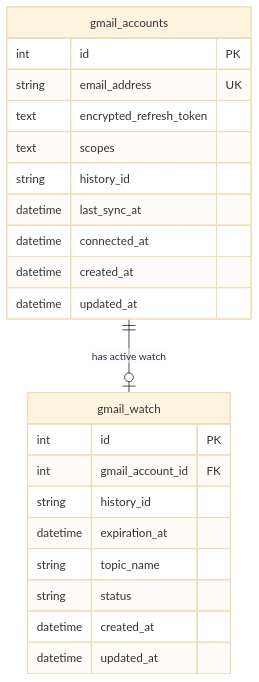
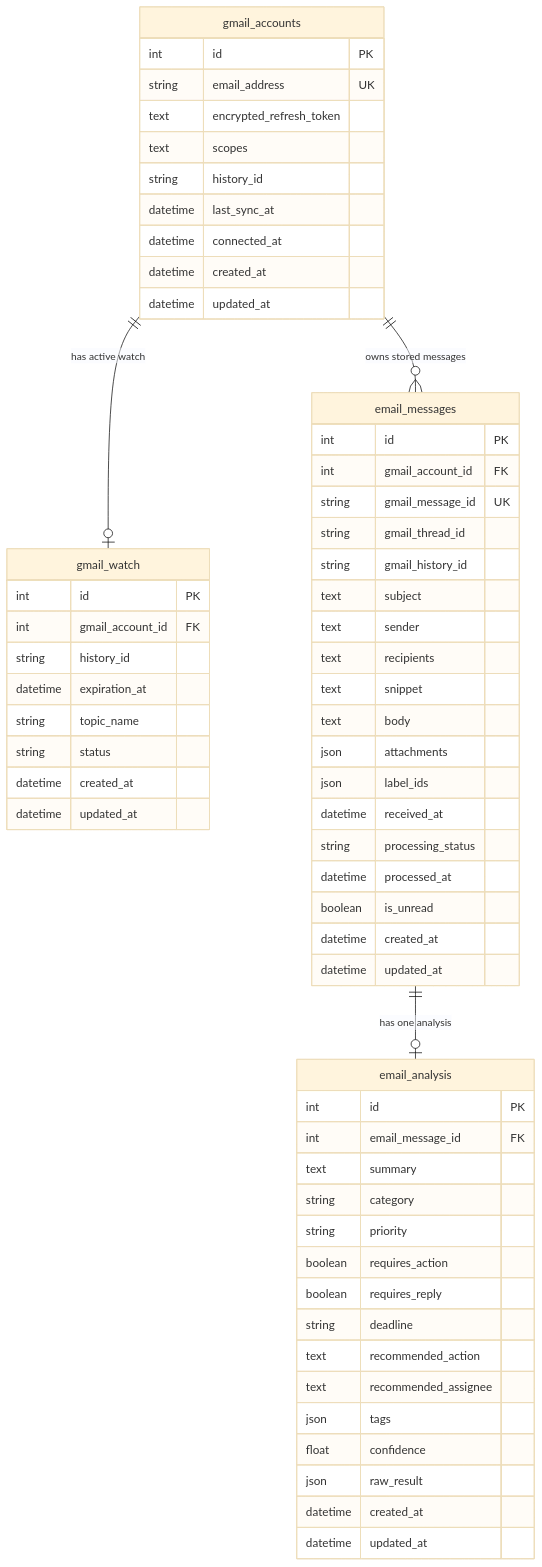
Before and after one commit to batty211/immigration-ai-office: the diagram in docs/DATABASE.md, drawn with Mermaid (base theme). The commit also changed other lines of this file and 21 other files, not shown here.

````diff
--- a/docs/DATABASE.md
+++ b/docs/DATABASE.md
@@ -23,27 +25,68 @@
 ```mermaid
 erDiagram
     gmail_accounts ||--o| gmail_watch : "has active watch"
+    gmail_accounts ||--o{ email_messages : "owns stored messages"
+    email_messages ||--o| email_analysis : "has one analysis"
 
     gmail_accounts {
         int id PK
         string email_address UK
         text encrypted_refresh_token
         text scopes
         string history_id
         datetime last_sync_at
         datetime connected_at
         datetime created_at
         datetime updated_at
     }
 
     gmail_watch {
         int id PK
         int gmail_account_id FK
         string history_id
         datetime expiration_at
         string topic_name
         string status
         datetime created_at
         datetime updated_at
     }
+
+    email_messages {
+        int id PK
+        int gmail_account_id FK
+        string gmail_message_id UK
+        string gmail_thread_id
+        string gmail_history_id
+        text subject
+        text sender
+        text recipients
+        text snippet
+        text body
+        json attachments
+        json label_ids
+        datetime received_at
+        string processing_status
+        datetime processed_at
+        boolean is_unread
+        datetime created_at
+        datetime updated_at
+    }
+
+    email_analysis {
+        int id PK
+        int email_message_id FK
+        text summary
+        string category
+        string priority
+        boolean requires_action
+        boolean requires_reply
+        string deadline
+        text recommended_action
+        text recommended_assignee
+        json tags
+        float confidence
+        json raw_result
+        datetime created_at
+        datetime updated_at
+    }
 ```
````
